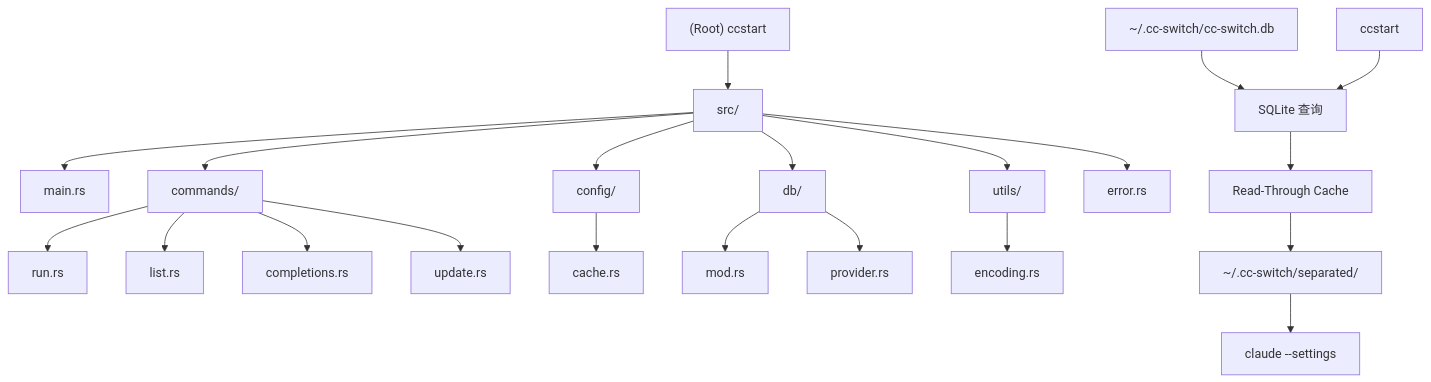
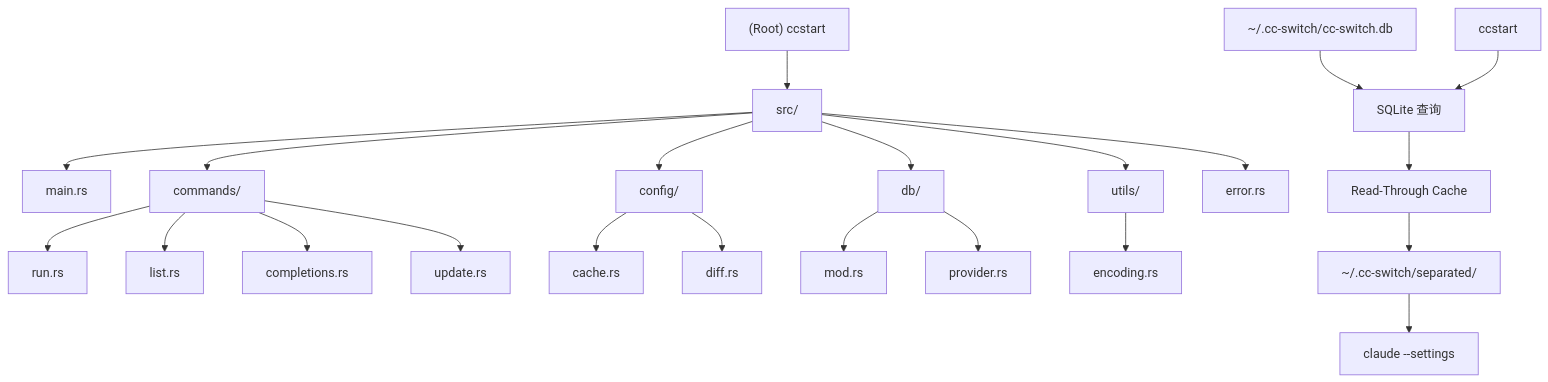
Before and after one commit to cp-yu/ccstart: the diagram in CLAUDE.md, drawn with Mermaid. The commit also changed other lines of this file and 8 other files, not shown here.

````diff
--- a/CLAUDE.md
+++ b/CLAUDE.md
@@ -12,29 +12,30 @@
 ```mermaid
 graph TD
     A["(Root) ccstart"] --> B["src/"];
     B --> C["main.rs"];
     B --> D["commands/"];
     B --> E["config/"];
     B --> F["db/"];
     B --> G["utils/"];
     B --> H["error.rs"];
 
     D --> I["run.rs"];
     D --> J["list.rs"];
     D --> K["completions.rs"];
     D --> L["update.rs"];
 
     E --> M["cache.rs"];
+    E --> Ma["diff.rs"];
 
     F --> N["mod.rs"];
     F --> O["provider.rs"];
 
     G --> P["encoding.rs"];
 
     Q["~/.cc-switch/cc-switch.db"] --> R["SQLite 查询"];
     R --> S["Read-Through Cache"];
     S --> T["~/.cc-switch/separated/"];
 
     U["ccstart <name>"] --> R;
     T --> V["claude --settings"];
 ```
````
